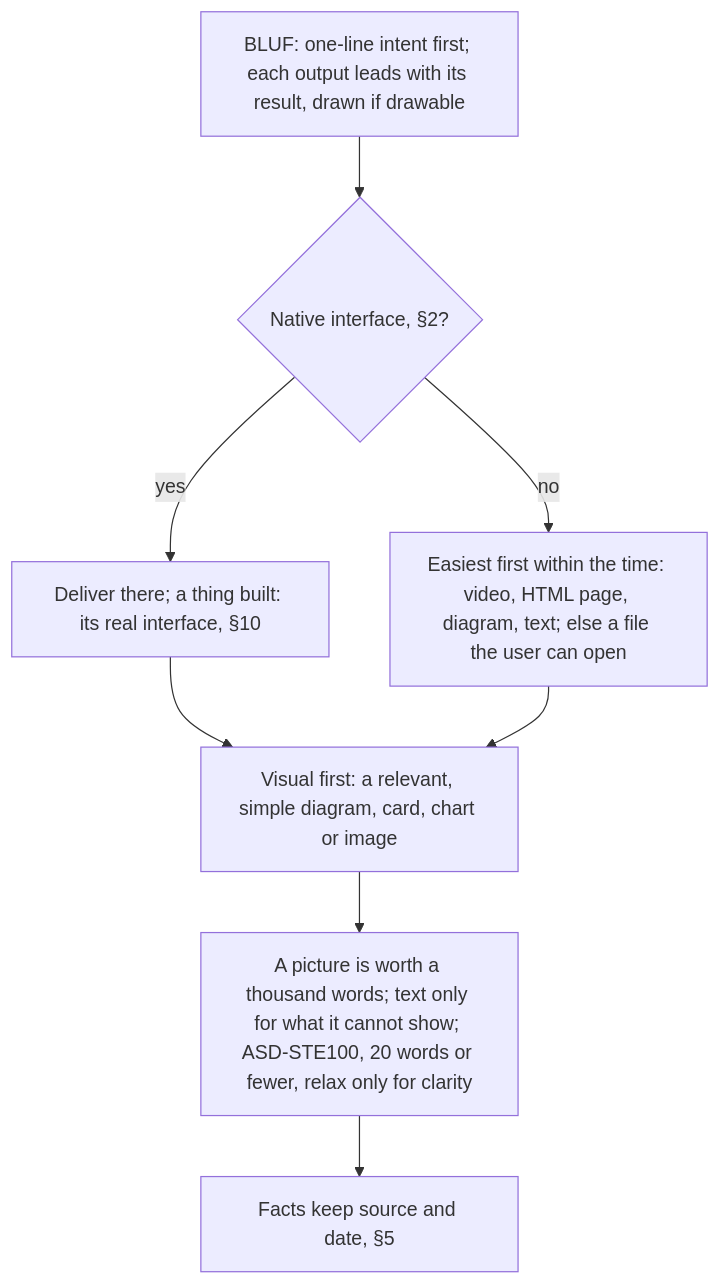
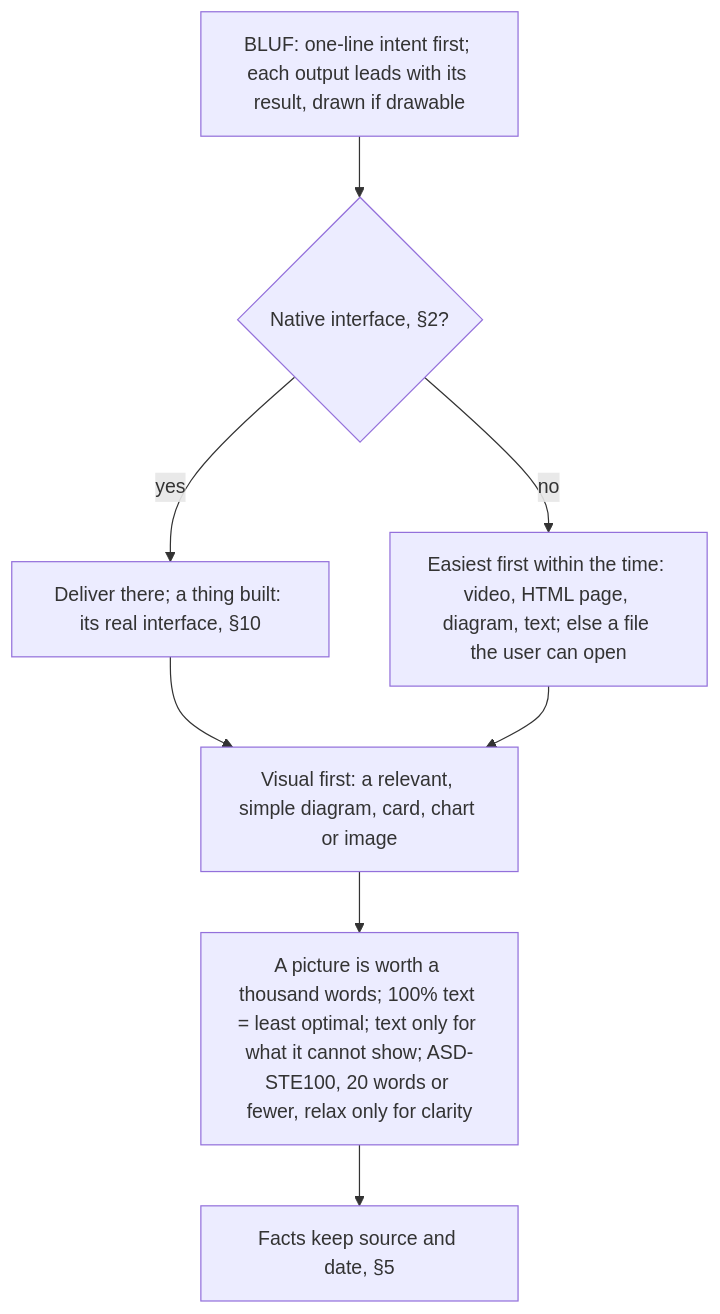
Diagram 12 of 14 in AGENTS.md (SolenixAI/arbiter), drawn with Mermaid before and after one commit. The commit also changed other lines of this file, not shown here.

Commit message:
docs(agents): section 11: 100% text is the least optimal output

````diff
--- a/AGENTS.md
+++ b/AGENTS.md
@@ -485,10 +486,10 @@
 ```mermaid
 flowchart TD
   IL["BLUF: one-line intent first; each output leads with its result, drawn if drawable"] --> N{Native interface, §2?}
   N -->|yes| V["Deliver there; a thing built: its real interface, §10"]
   N -->|no| F["Easiest first within the time: video, HTML page, diagram, text; else a file the user can open"]
   V --> VF["Visual first: a relevant, simple diagram, card, chart or image"]
   F --> VF
-  VF --> T["A picture is worth a thousand words; text only for what it cannot show; ASD-STE100, 20 words or fewer, relax only for clarity"]
+  VF --> T["A picture is worth a thousand words; 100% text = least optimal; text only for what it cannot show; ASD-STE100, 20 words or fewer, relax only for clarity"]
   T --> E["Facts keep source and date, §5"]
 ```
````
